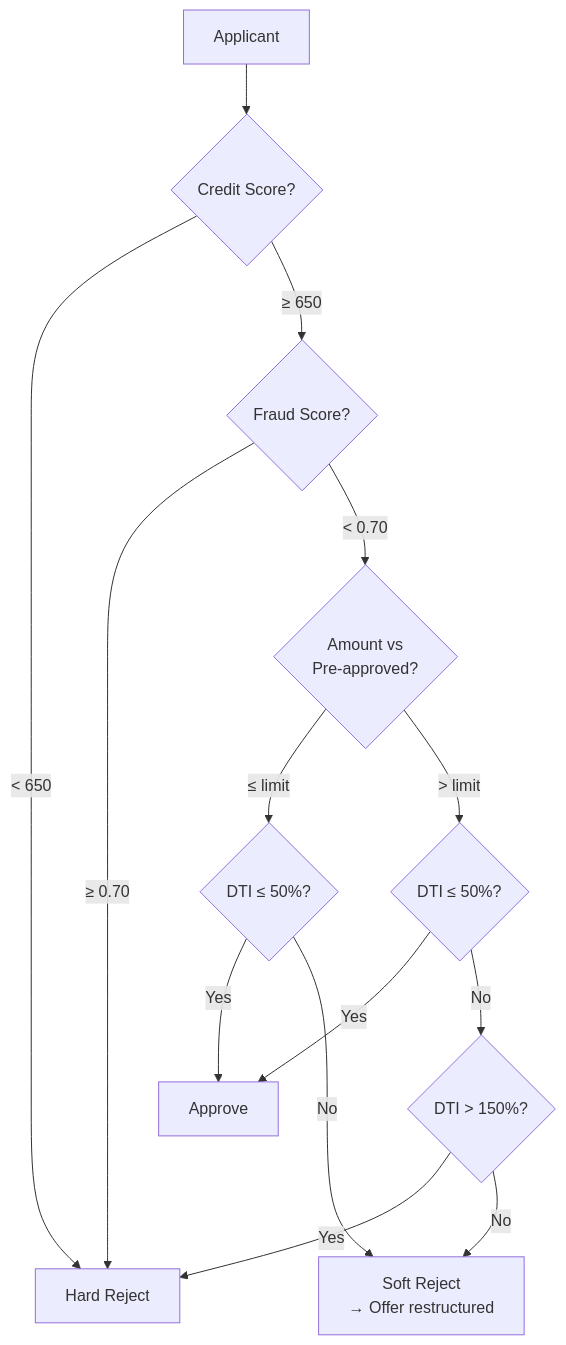
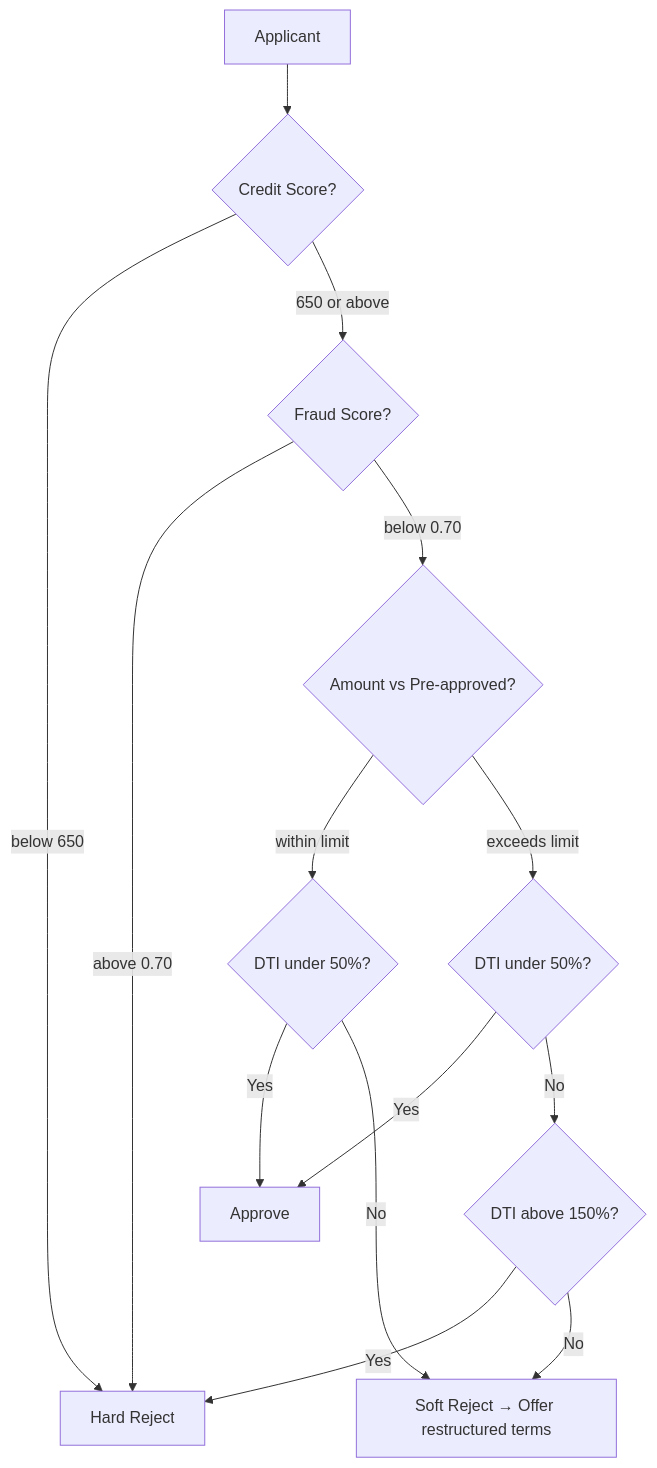
One commit to SarangRao20/NBFC changed the fifth of 5 diagrams in README.md. Above: the diagram before and after it, drawn with Mermaid. The commit also changed other lines of this file and 2 other files, not shown here.

First line of the commit message:
docs: rewrite README to reflect current system architecture and capabilities

````diff
--- a/README.md
+++ b/README.md
@@ -425,16 +413,16 @@
 ```mermaid
 flowchart TD
     A[Applicant] --> B{Credit Score?}
-    B -->|< 650| R[Hard Reject]
-    B -->|≥ 650| C{Fraud Score?}
-    C -->|≥ 0.70| R
-    C -->|< 0.70| D{Amount vs<br/>Pre-approved?}
-    D -->|≤ limit| E{DTI ≤ 50%?}
-    D -->|> limit| F{DTI ≤ 50%?}
+    B -->|below 650| R[Hard Reject]
+    B -->|650 or above| C{Fraud Score?}
+    C -->|above 0.70| R
+    C -->|below 0.70| D{Amount vs Pre-approved?}
+    D -->|within limit| E{DTI under 50%?}
+    D -->|exceeds limit| F{DTI under 50%?}
     E -->|Yes| G[Approve]
-    E -->|No| H[Soft Reject<br/>→ Offer restructured]
+    E -->|No| H[Soft Reject → Offer restructured terms]
     F -->|Yes| G
-    F -->|No| I{DTI > 150%?}
+    F -->|No| I{DTI above 150%?}
     I -->|Yes| R
     I -->|No| H
 ```
````
